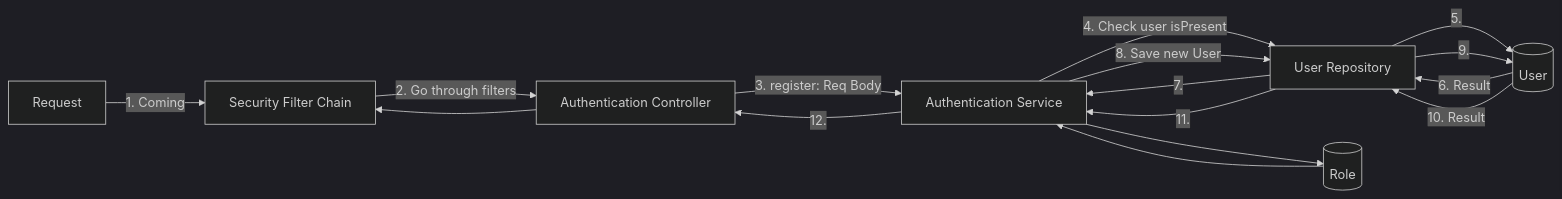
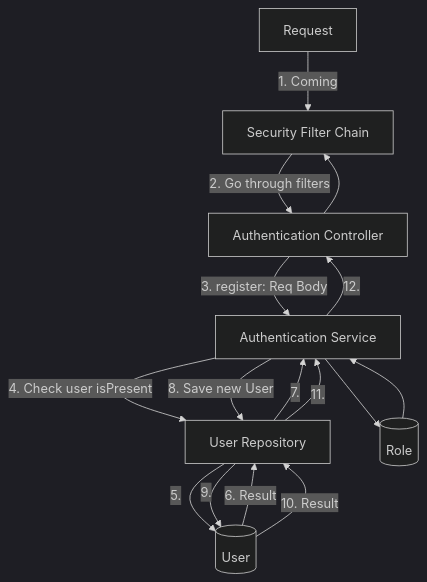
One commit to lexyu-spring-projects-collection/spring-security-role-based-jwt-practice changed the first of 3 diagrams in README.md. Above: the diagram before and after it, drawn with Mermaid (dark theme). The commit also changed other lines of this file and 2 other files, not shown here.

````diff
--- a/README.md
+++ b/README.md
@@ -3,28 +3,28 @@
 ```mermaid
-flowchart LR
+flowchart TB
     Req[Request]
     SFC[Security Filter Chain]
     AuthC[Authentication Controller]
     AuthS[Authentication Service]
     UR[User Repository]
     U[(User)]
     R[(Role)]
     
     Req -->|1. Coming| SFC
     SFC -->|2. Go through filters| AuthC
     AuthC -->|3. register: Req Body| AuthS
     AuthS -->|4. Check user isPresent| UR
     UR -->|5. | U
     U -->|6. Result |UR
     UR -->|7. | AuthS
     AuthS -->|8. Save new User | UR
     UR -->|9. | U
     U -->|10. Result | UR
     UR -->|11. | AuthS
     AuthS -->|12. | AuthC
     
     AuthS --> R
     R --> AuthS
     
     AuthC --> SFC
 ```
````
